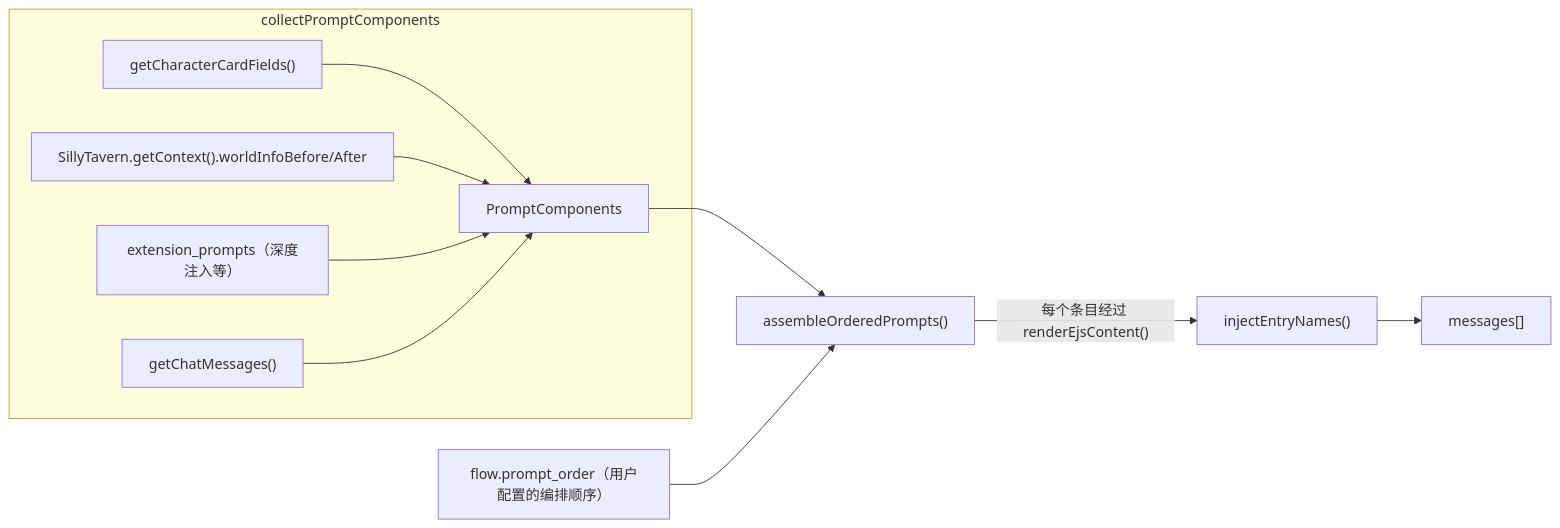
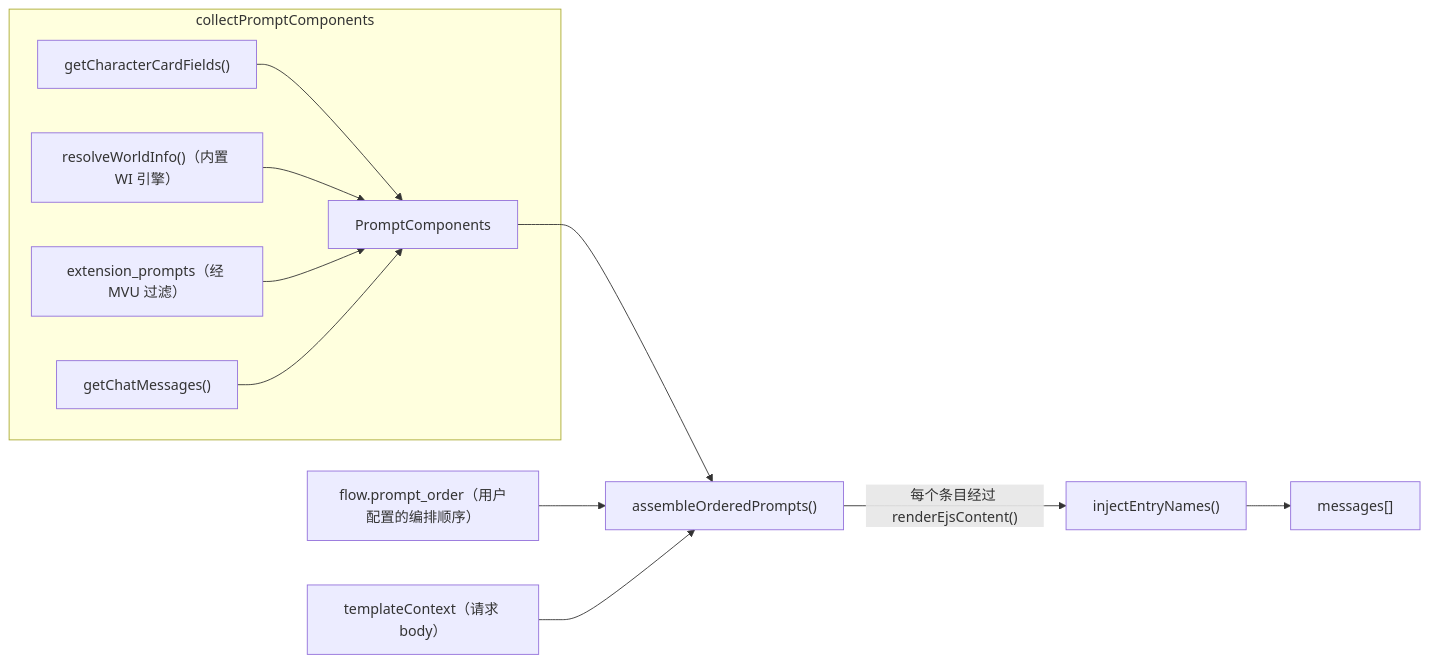
Before and after one commit to Youzini-afk/tavern_helper_template: the second of 2 diagrams in src/evolution-world-assistant/runtime/请求构建流程.md, drawn with Mermaid. The commit also changed other lines of this file and 8 other files, not shown here.

````diff
--- a/src/evolution-world-assistant/runtime/请求构建流程.md
+++ b/src/evolution-world-assistant/runtime/请求构建流程.md
@@ -20,14 +20,15 @@
 ```mermaid
 graph LR
     subgraph collectPromptComponents
         A1["getCharacterCardFields()"] --> P["PromptComponents"]
-        A2["SillyTavern.getContext().worldInfoBefore/After"] --> P
-        A3["extension_prompts（深度注入等）"] --> P
+        A2["resolveWorldInfo()（内置 WI 引擎）"] --> P
+        A3["extension_prompts（经 MVU 过滤）"] --> P
         A4["getChatMessages()"] --> P
     end
 
     P --> ASM["assembleOrderedPrompts()"]
     PO["flow.prompt_order（用户配置的编排顺序）"] --> ASM
+    TC["templateContext（请求 body）"] --> ASM
     ASM --> |"每个条目经过 renderEjsContent()"| INJ["injectEntryNames()"]
     INJ --> MSGS["messages[]"]
 ```
````
